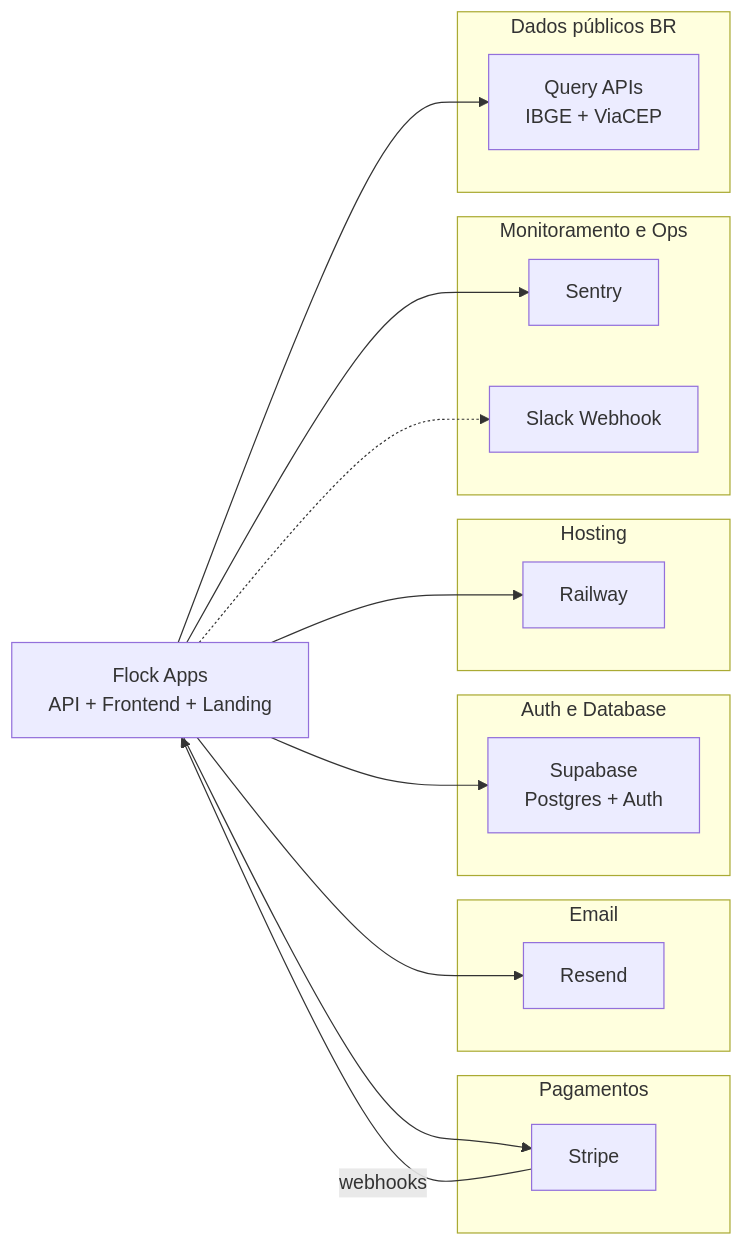
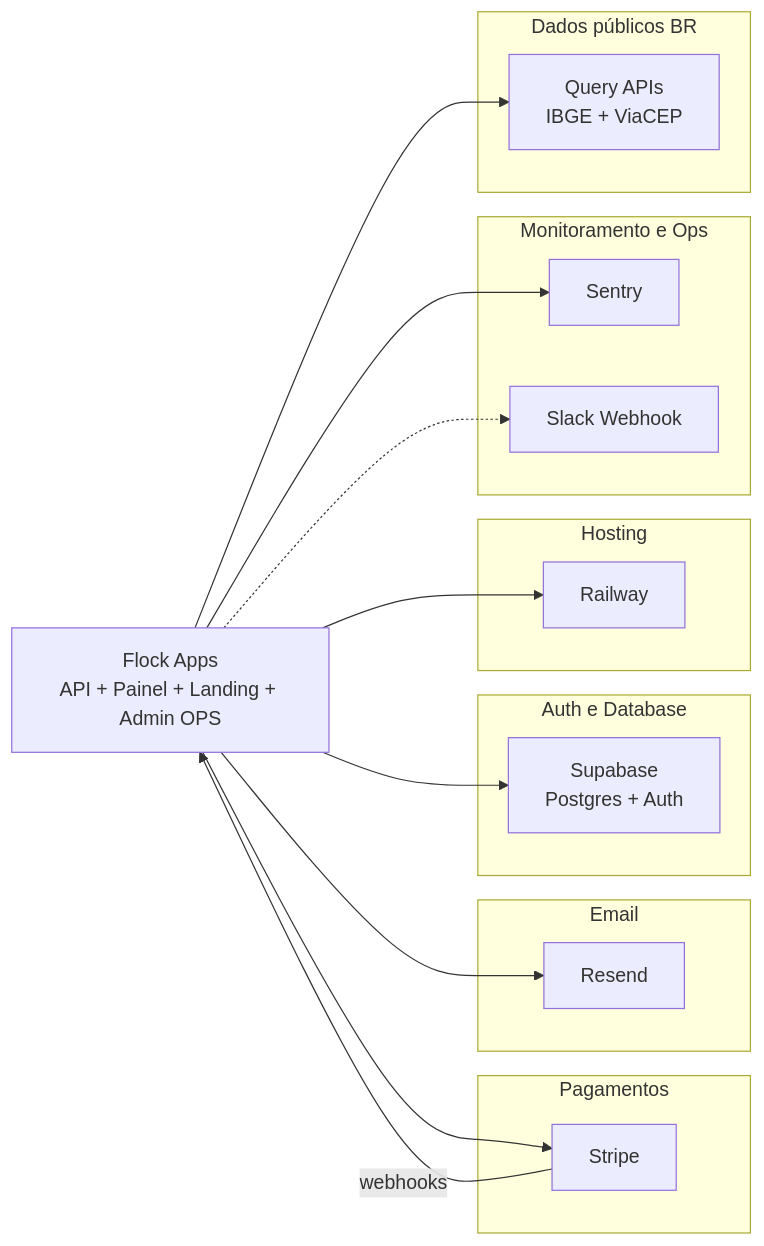
Before and after one commit to vinic-asouza/flock: the diagram in docs/06_integracoes/1-index.md, drawn with Mermaid. The commit also changed other lines of this file and 16 other files, not shown here.

First line of the commit message:
docs(admin-ops): record fourth monorepo surface

````diff
--- a/docs/06_integracoes/1-index.md
+++ b/docs/06_integracoes/1-index.md
@@ -19,33 +19,33 @@
 ```mermaid
 graph LR
-  APP[Flock Apps<br/>API + Frontend + Landing]
+  APP[Flock Apps<br/>API + Painel + Landing + Admin OPS]
 
   subgraph pagamentos [Pagamentos]
     STRIPE[Stripe]
   end
   subgraph email [Email]
     RESEND[Resend]
   end
   subgraph authdb [Auth e Database]
     SUPA[Supabase<br/>Postgres + Auth]
   end
   subgraph host [Hosting]
     RAIL[Railway]
   end
   subgraph obs [Monitoramento e Ops]
     SENTRY[Sentry]
     SLACK[Slack Webhook]
   end
   subgraph geo [Dados públicos BR]
     QUERY[Query APIs<br/>IBGE + ViaCEP]
   end
 
   APP --> STRIPE
   APP --> RESEND
   APP --> SUPA
   APP --> RAIL
   APP --> SENTRY
   APP -.-> SLACK
   APP --> QUERY
   STRIPE -->|webhooks| APP
 ```
````
